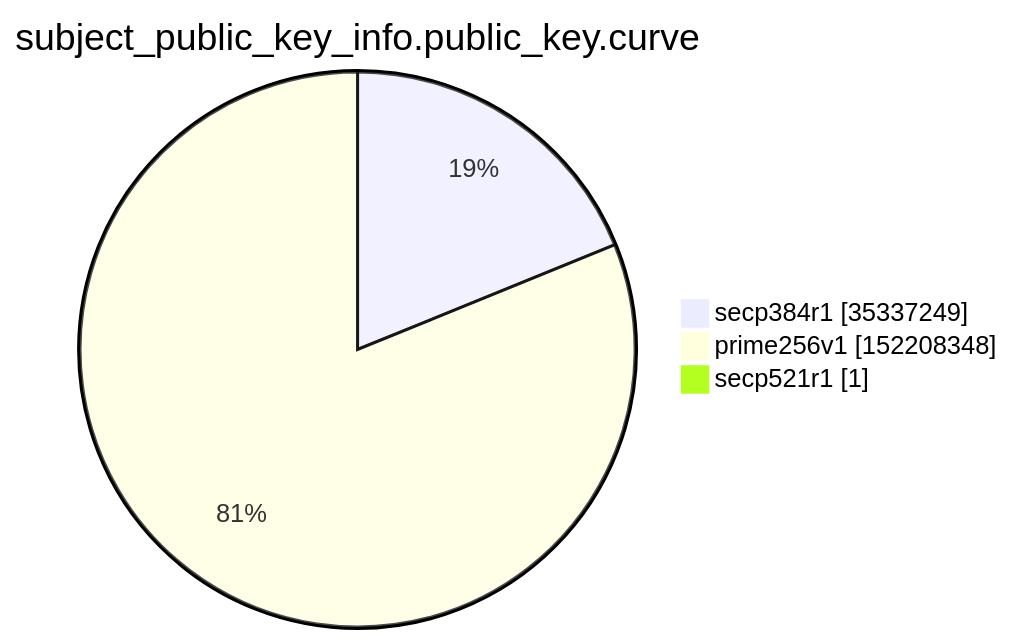
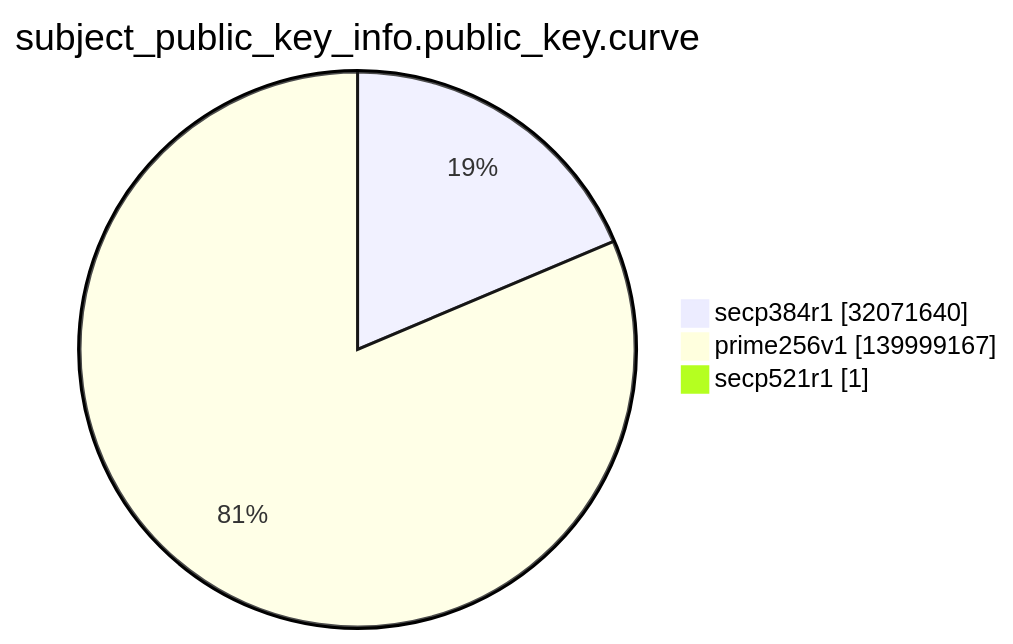
Before and after one commit to christiankrug/ctmonitor_visualization: the ninth of 15 diagrams in argon2022/README.md, drawn with Mermaid. The commit also changed other lines of this file, not shown here.

````diff
--- a/argon2022/README.md
+++ b/argon2022/README.md
@@ -2765,7 +2761,7 @@
 ```mermaid
 pie showData
 title subject_public_key_info.public_key.curve
-"secp384r1" :35337249
-"prime256v1" :152208348
+"secp384r1" :32071640
+"prime256v1" :139999167
 "secp521r1" :1
 ```
````
